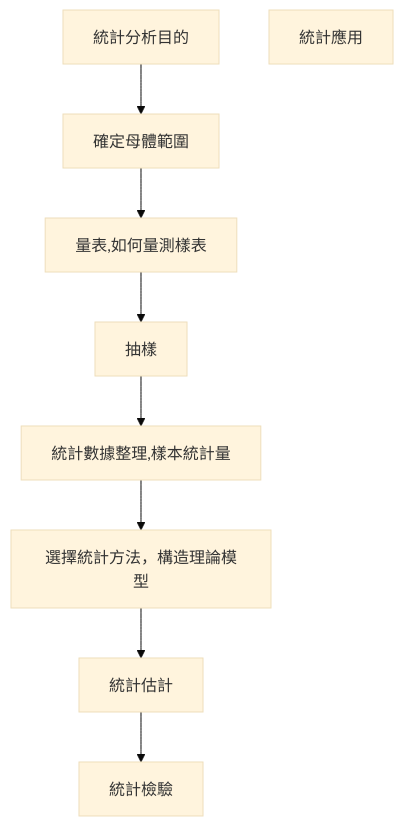
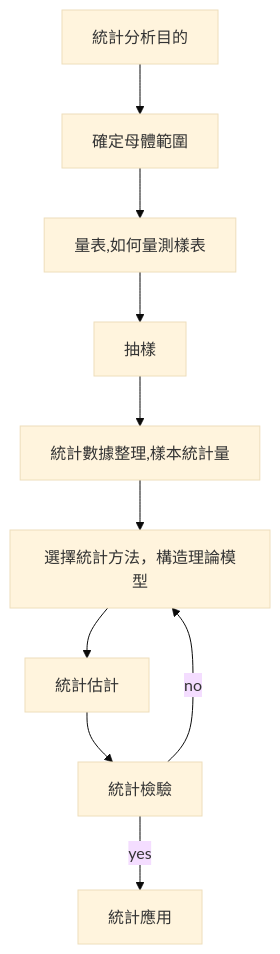
The first of 2 diagrams in _posts/2022-05-21-statistic_.md (chchoiw/chchoiw.github.io), drawn with Mermaid (base theme) before and after one commit.

````diff
--- a/_posts/2022-05-21-statistic_.md
+++ b/_posts/2022-05-21-statistic_.md
@@ -44,20 +44,21 @@
 ```mermaid
 graph TB
 iid0[統計分析目的]
 iid1[確定母體範圍]
 iid2[量表,如何量測樣表]
 iid3[抽樣]
 iid4[統計數據整理,樣本統計量]
 iid5[選擇統計方法，構造理論模型]
 iid6[統計估計]
 iid7[統計檢驗]
 iid8[統計應用]
-
 iid0-->iid1
 iid1-->iid2
 iid2-->iid3
 iid3-->iid4
 iid4-->iid5
 iid5-->iid6
 iid6-->iid7
+iid7-->|yes|iid8
+iid7-->|no|iid5
 ```
````
